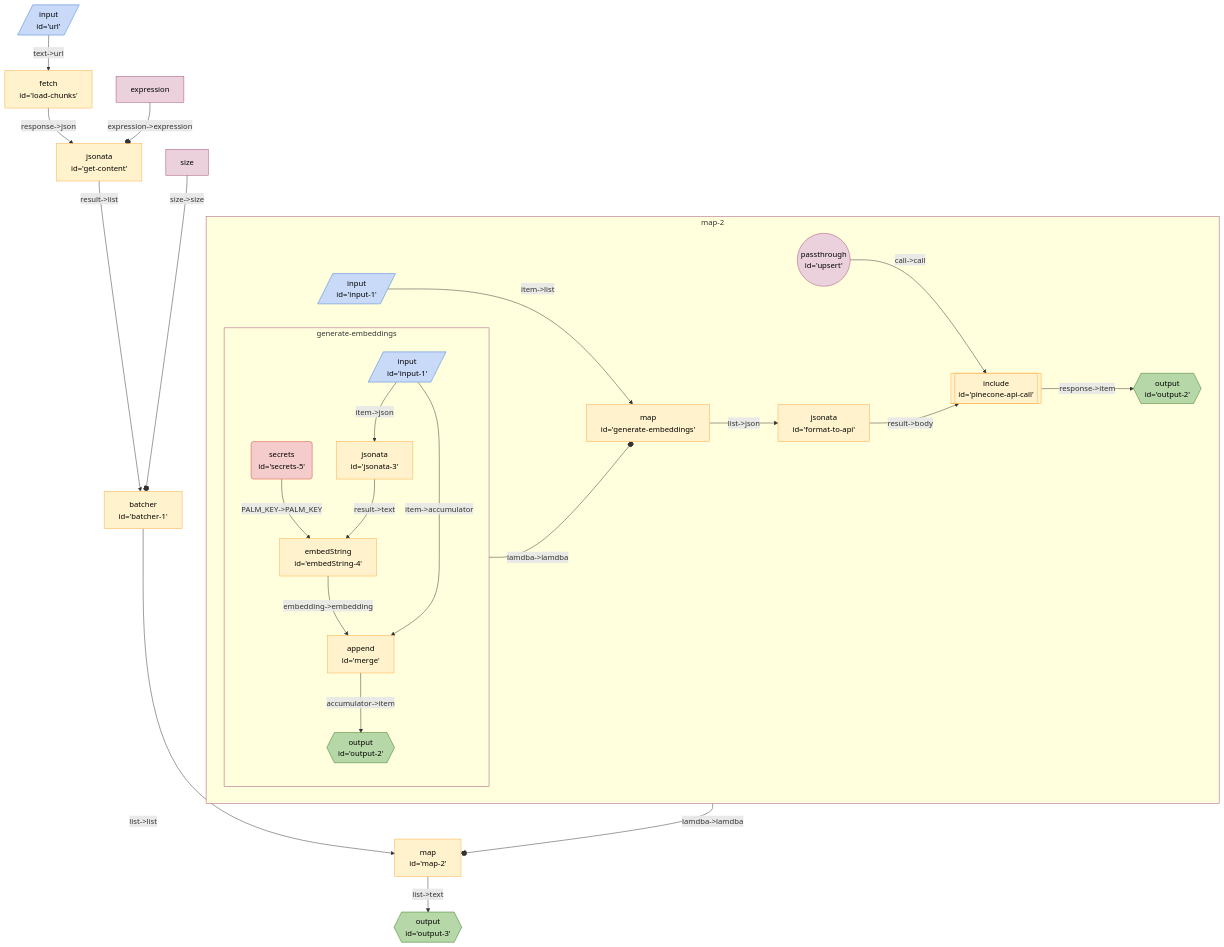
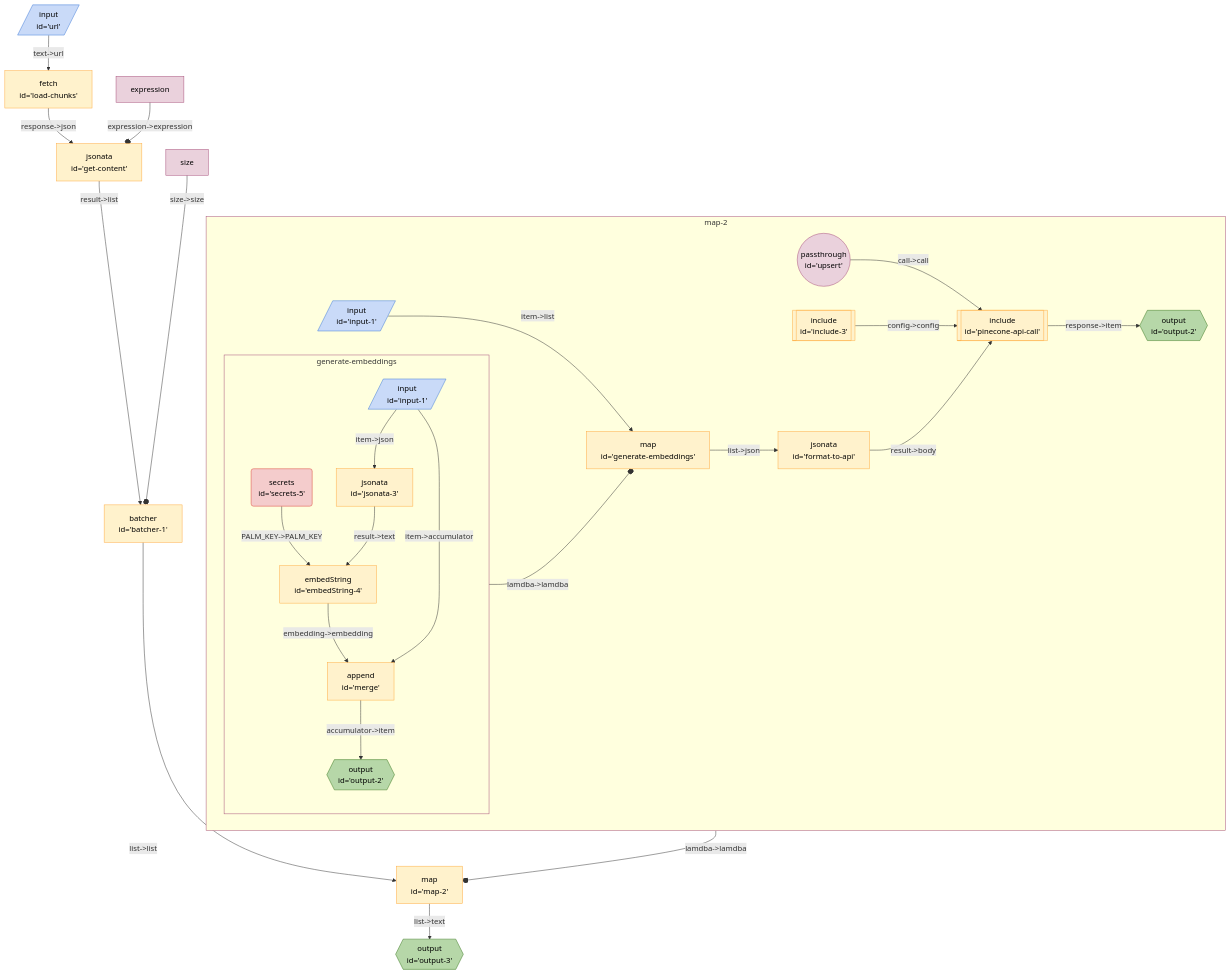
Before and after one commit to breadboard-ai/breadboard: the diagram in seeds/graph-playground/docs/graphs/pinecone-load.md, drawn with Mermaid. The commit also changed 8 other files, not shown here.

Commit message:
[graph-playground] Start using `pinecone-api-config`.

````diff
--- a/seeds/graph-playground/docs/graphs/pinecone-load.md
+++ b/seeds/graph-playground/docs/graphs/pinecone-load.md
@@ -5,45 +5,47 @@
   ```mermaid
   %%{init: 'themeVariables': { 'fontFamily': 'Fira Code, monospace' }}%%
 graph TD;
 map2["map <br> id='map-2'"] -- "list->text" --> output3{{"output <br> id='output-3'"}}:::output
 subgraph sg_map2 [map-2]
 map2_upsert(("passthrough <br> id='upsert'")):::passthrough -- "call->call" --> map2_pineconeapicall[["include <br> id='pinecone-api-call'"]]:::include
+map2_include3[["include <br> id='include-3'"]]:::include -- "config->config" --> map2_pineconeapicall[["include <br> id='pinecone-api-call'"]]:::include
 map2_pineconeapicall[["include <br> id='pinecone-api-call'"]]:::include -- "response->item" --> map2_output2{{"output <br> id='output-2'"}}:::output
 map2_formattoapi["jsonata <br> id='format-to-api'"] -- "result->body" --> map2_pineconeapicall[["include <br> id='pinecone-api-call'"]]:::include
 map2_generateembeddings["map <br> id='generate-embeddings'"] -- "list->json" --> map2_formattoapi["jsonata <br> id='format-to-api'"]
 subgraph sg_generateembeddings [generate-embeddings]
 map2_generateembeddings_embedString4["embedString <br> id='embedString-4'"] -- "embedding->embedding" --> map2_generateembeddings_merge["append <br> id='merge'"]
 map2_generateembeddings_secrets5("secrets <br> id='secrets-5'"):::secrets -- "PALM_KEY->PALM_KEY" --> map2_generateembeddings_embedString4["embedString <br> id='embedString-4'"]
 map2_generateembeddings_jsonata3["jsonata <br> id='jsonata-3'"] -- "result->text" --> map2_generateembeddings_embedString4["embedString <br> id='embedString-4'"]
 map2_generateembeddings_input1[/"input <br> id='input-1'"/]:::input -- "item->json" --> map2_generateembeddings_jsonata3["jsonata <br> id='jsonata-3'"]
 map2_generateembeddings_merge["append <br> id='merge'"] -- "accumulator->item" --> map2_generateembeddings_output2{{"output <br> id='output-2'"}}:::output
 map2_generateembeddings_input1[/"input <br> id='input-1'"/]:::input -- "item->accumulator" --> map2_generateembeddings_merge["append <br> id='merge'"]
 
 
 end
 sg_generateembeddings:::slotted -- "lamdba->lamdba" --o map2_generateembeddings
 
 map2_input1[/"input <br> id='input-1'"/]:::input -- "item->list" --> map2_generateembeddings["map <br> id='generate-embeddings'"]
+
 
 
 
 
 end
 sg_map2:::slotted -- "lamdba->lamdba" --o map2
 
 batcher1["batcher <br> id='batcher-1'"] -- "list->list" --> map2["map <br> id='map-2'"]
 getcontent["jsonata <br> id='get-content'"] -- "result->list" --> batcher1["batcher <br> id='batcher-1'"]
 loadchunks["fetch <br> id='load-chunks'"] -- "response->json" --> getcontent["jsonata <br> id='get-content'"]
 url[/"input <br> id='url'"/]:::input -- "text->url" --> loadchunks["fetch <br> id='load-chunks'"]
 expressiongetcontent[expression]:::config -- "expression->expression" --o getcontent
 sizebatcher1[size]:::config -- "size->size" --o batcher1
 
 classDef default stroke:#ffab40,fill:#fff2ccff,color:#000
 classDef input stroke:#3c78d8,fill:#c9daf8ff,color:#000
 classDef output stroke:#38761d,fill:#b6d7a8ff,color:#000
 classDef passthrough stroke:#a64d79,fill:#ead1dcff,color:#000
 classDef slot stroke:#a64d79,fill:#ead1dcff,color:#000
 classDef config stroke:#a64d79,fill:#ead1dcff,color:#000
 classDef secrets stroke:#db4437,fill:#f4cccc,color:#000
 classDef slotted stroke:#a64d79
   ```
````
